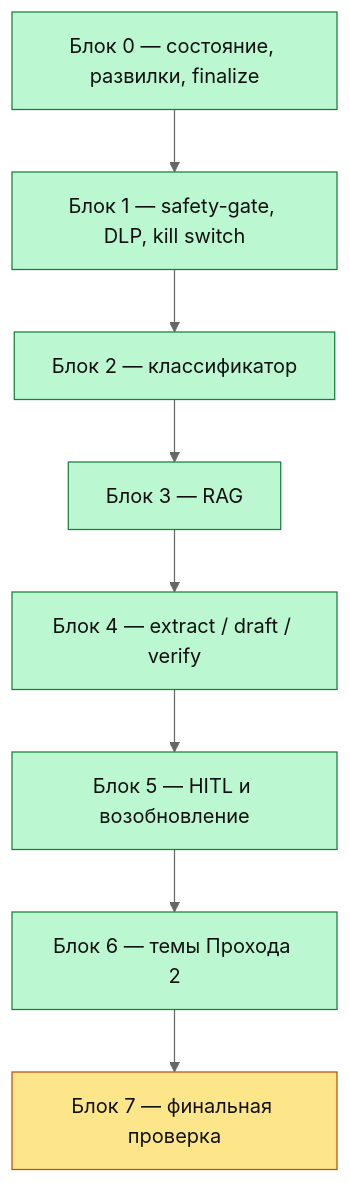
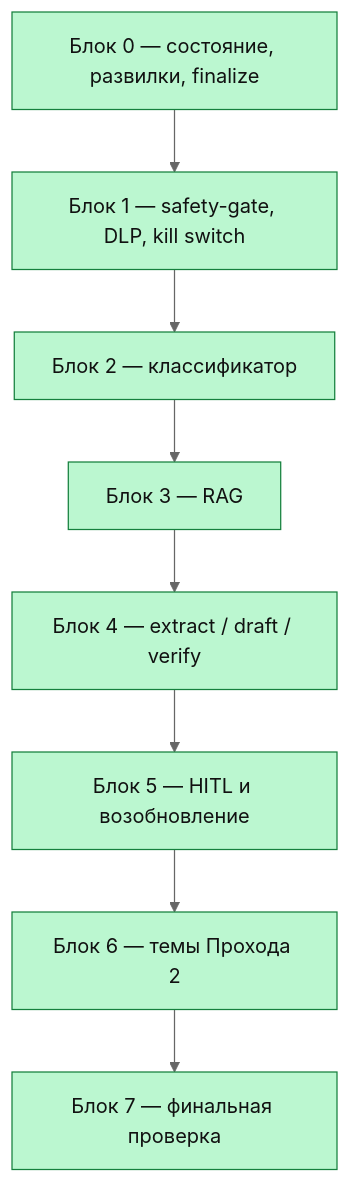
One commit to litvinovsan/proglib changed the sixth of 6 diagrams in agentops-bank-agent/architecture_map.md. Above: the diagram before and after it, drawn with Mermaid (neutral theme). The commit also changed other lines of this file and 3 other files, not shown here.

````diff
--- a/agentops-bank-agent/architecture_map.md
+++ b/agentops-bank-agent/architecture_map.md
@@ -204,17 +204,16 @@
 ```mermaid
 flowchart TD
     B0["Блок 0 — состояние, развилки, finalize"] --> B1["Блок 1 — safety-gate, DLP, kill switch"]
     B1 --> B2["Блок 2 — классификатор"]
     B2 --> B3["Блок 3 — RAG"]
     B3 --> B4["Блок 4 — extract / draft / verify"]
     B4 --> B5["Блок 5 — HITL и возобновление"]
     B5 --> B6["Блок 6 — темы Прохода 2"]
     B6 --> B7["Блок 7 — финальная проверка"]
 
     classDef done fill:#bbf7d0,stroke:#15803d,color:#111
     classDef now fill:#fde68a,stroke:#b45309,color:#111
     classDef todo fill:#f1f5f9,stroke:#94a3b8,color:#111
 
-    class B0,B1,B2,B3,B4,B5,B6 done
-    class B7 now
+    class B0,B1,B2,B3,B4,B5,B6,B7 done
 ```
````
